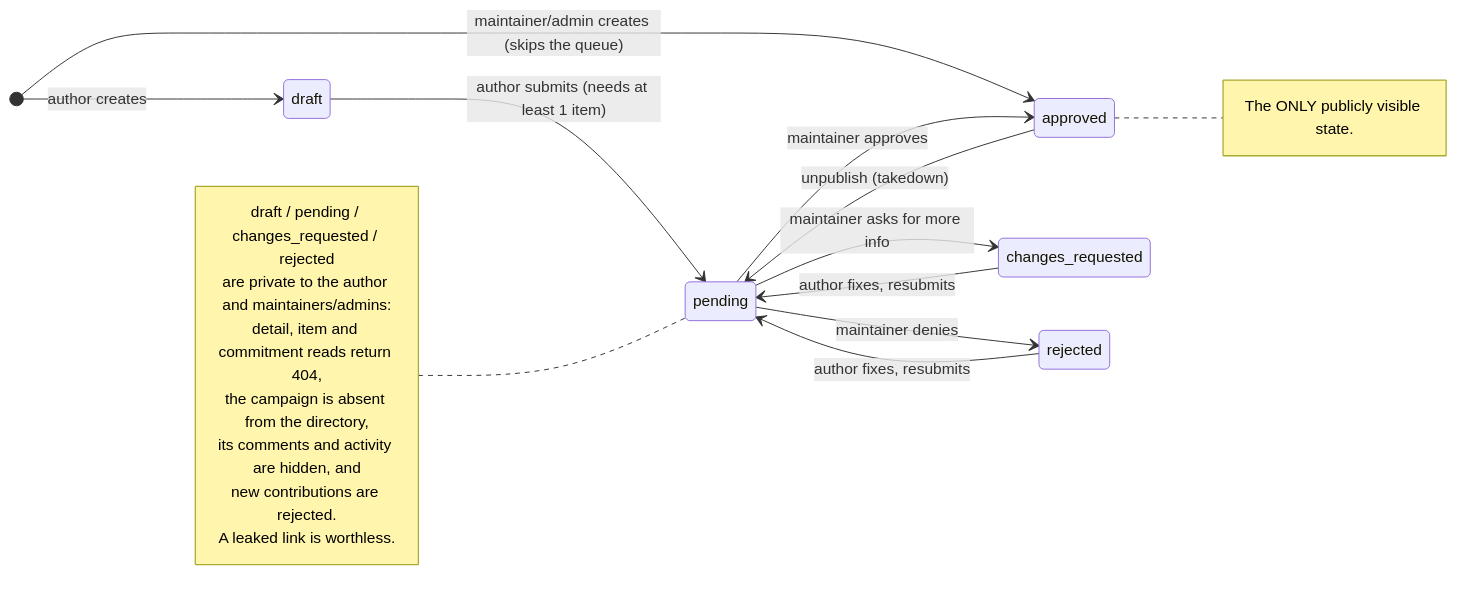
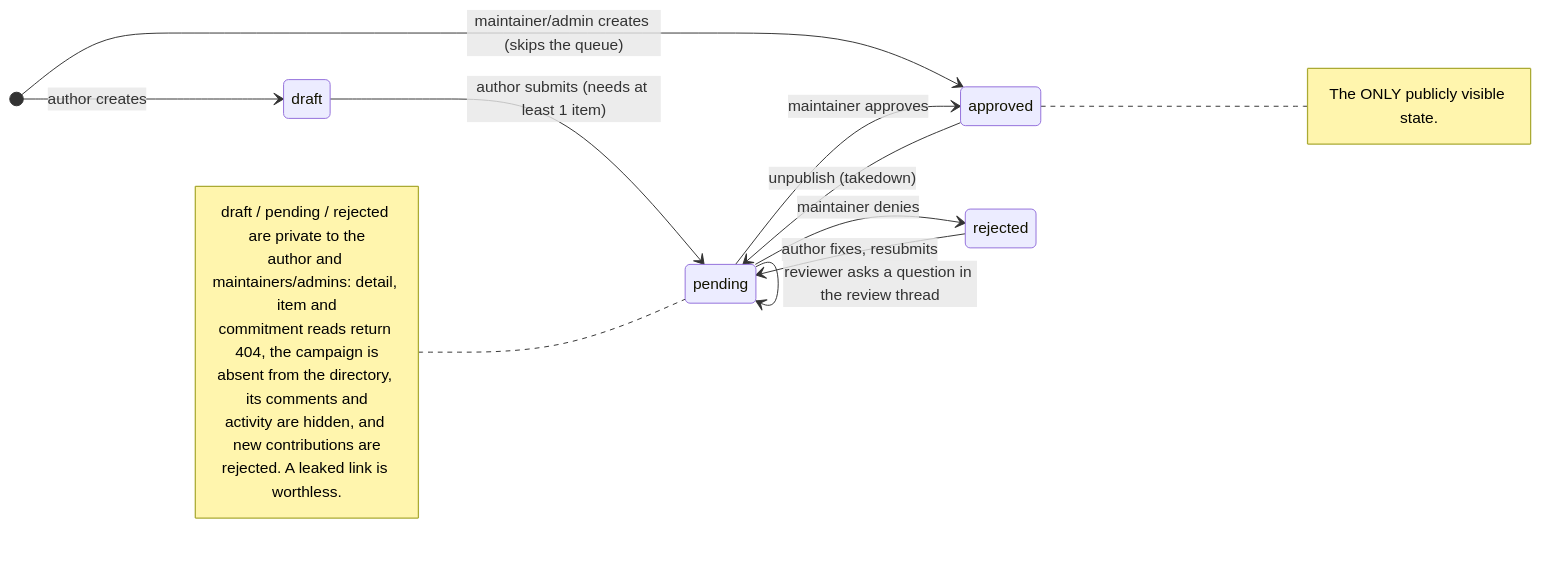
Before and after one commit to jcarranz97/printforhelp: the diagram in docs/requirements.md, drawn with Mermaid. The commit also changed other lines of this file and 12 other files, not shown here.

````diff
--- a/docs/requirements.md
+++ b/docs/requirements.md
@@ -904,32 +904,30 @@
 ```mermaid
 stateDiagram-v2
     direction LR
 
     [*] --> draft: author creates
     [*] --> approved: maintainer/admin creates (skips the queue)
 
     draft --> pending: author submits (needs at least 1 item)
 
+    pending --> pending: reviewer asks a question in the review thread
     pending --> approved: maintainer approves
-    pending --> changes_requested: maintainer asks for more info
     pending --> rejected: maintainer denies
 
-    changes_requested --> pending: author fixes, resubmits
     rejected --> pending: author fixes, resubmits
 
     approved --> pending: unpublish (takedown)
 
     note right of approved
         The ONLY publicly visible state.
     end note
 
     note left of pending
-        draft / pending / changes_requested / rejected
-        are private to the author and maintainers/admins:
-        detail, item and commitment reads return 404,
-        the campaign is absent from the directory,
-        its comments and activity are hidden, and
-        new contributions are rejected.
-        A leaked link is worthless.
+        draft / pending / rejected are private to the
+        author and maintainers/admins: detail, item and
+        commitment reads return 404, the campaign is
+        absent from the directory, its comments and
+        activity are hidden, and new contributions are
+        rejected. A leaked link is worthless.
     end note
 ```
````
